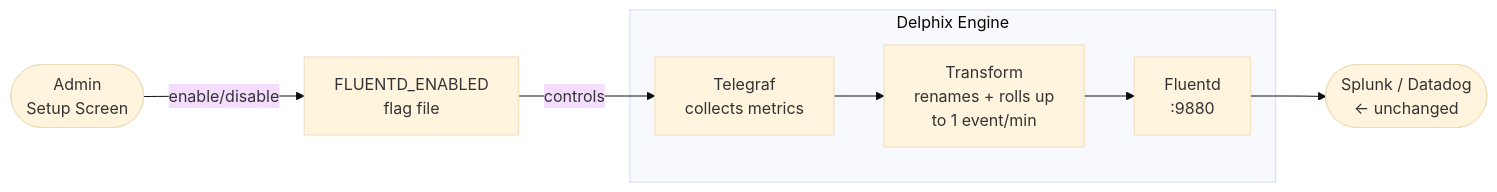
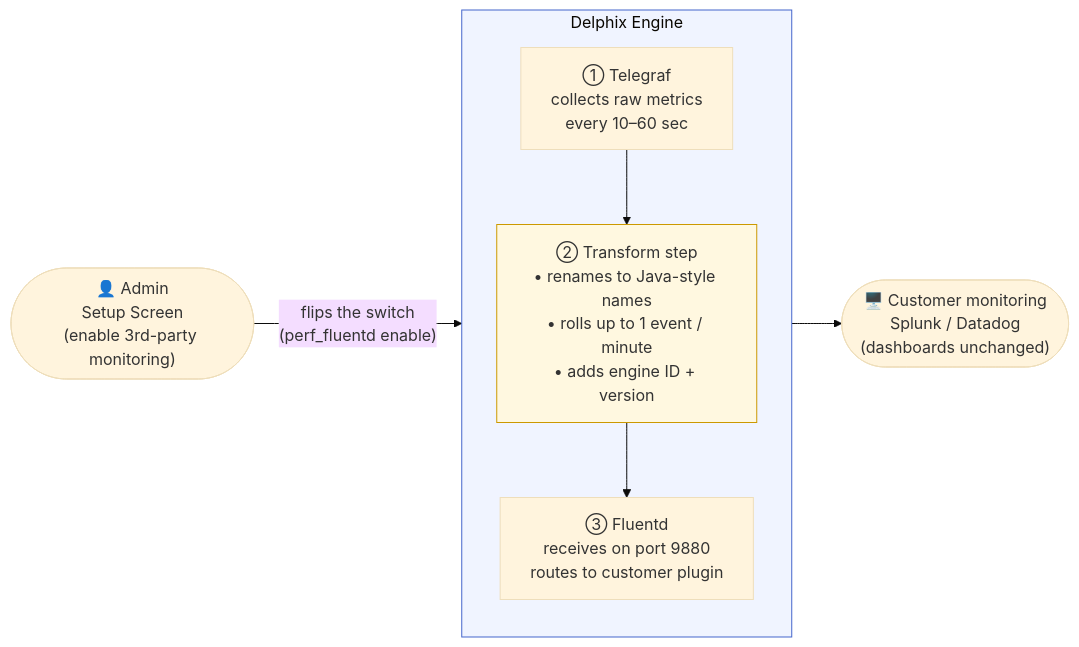
Before and after one commit to delphix/performance-diagnostics: the diagram in docs/fluentd-metric-forwarding-design.md, drawn with Mermaid (base theme). The commit also changed other lines of this file, not shown here.

First line of the commit message:
DLPX-100030 docs: expand flow explanation, remove open questions section

````diff
--- a/docs/fluentd-metric-forwarding-design.md
+++ b/docs/fluentd-metric-forwarding-design.md
@@ -26,11 +28,20 @@
 ```mermaid
 flowchart LR
-    Admin(["Admin\nSetup Screen"]) -->|"enable/disable"| Toggle["FLUENTD_ENABLED\nflag file"]
-    Toggle -->|controls| T
+    Admin(["👤 Admin\nSetup Screen\n(enable 3rd-party monitoring)"])
 
     subgraph DE["Delphix Engine"]
-        T["Telegraf\ncollects metrics"] --> P["Transform\nrenames + rolls up\nto 1 event/min"] --> F["Fluentd\n:9880"]
+        direction TB
+        T["① Telegraf\ncollects raw metrics\nevery 10–60 sec"]
+        P["② Transform step\n• renames to Java-style names\n• rolls up to 1 event / minute\n• adds engine ID + version"]
+        F["③ Fluentd\nreceives on port 9880\nroutes to customer plugin"]
+        T --> P --> F
     end
 
-    F --> Customer(["Splunk / Datadog\n← unchanged"])
+    Customer(["🖥️ Customer monitoring\nSplunk / Datadog\n(dashboards unchanged)"])
+
+    Admin -->|"flips the switch\n(perf_fluentd enable)"| DE
+    F --> Customer
+
+    style DE fill:#f0f4ff,stroke:#4466cc
+    style P fill:#fff8e0,stroke:#cc9900
 ```
````
